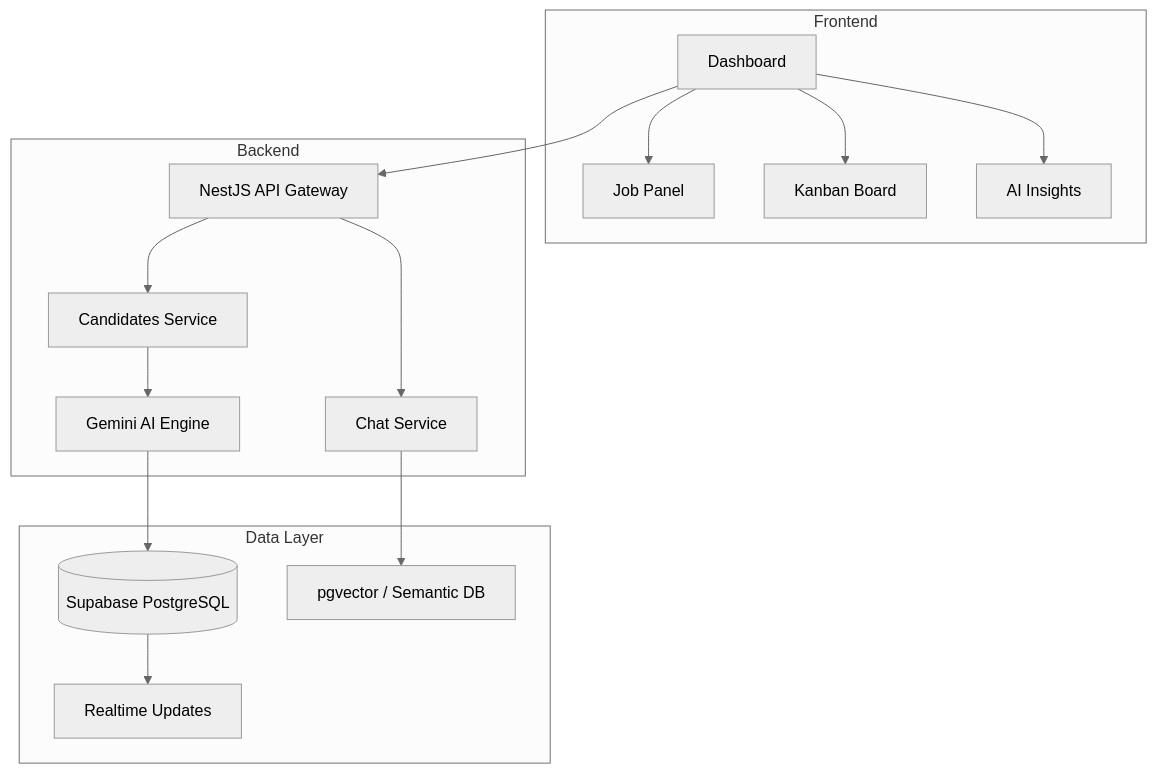
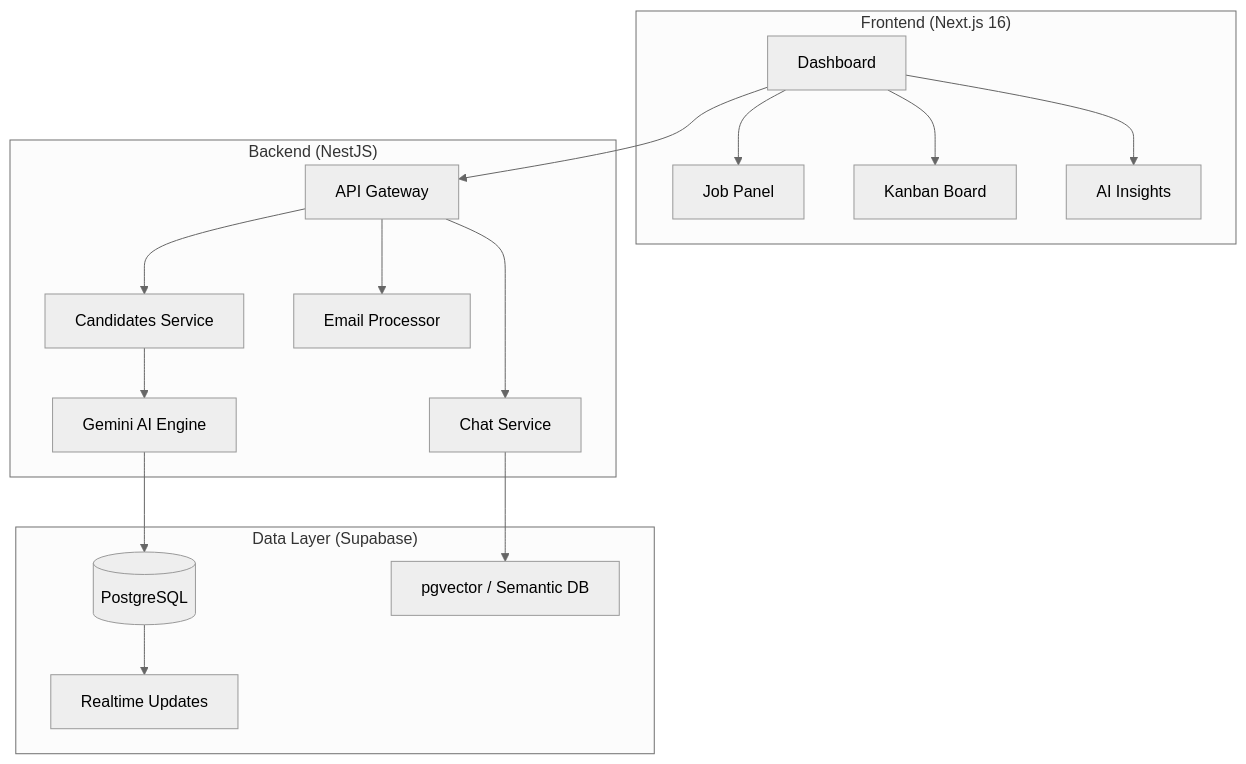
The diagram in README.md (malgaroshy-maker/Sila-Ai), drawn with Mermaid (neutral theme) before and after one commit. The commit also changed other lines of this file and 19 other files, not shown here.

````diff
--- a/README.md
+++ b/README.md
@@ -44,25 +69,26 @@
 ```mermaid
 graph TB
-    subgraph "Frontend"
+    subgraph "Frontend (Next.js 16)"
         A[Dashboard] --> B[Job Panel]
         A --> C[Kanban Board]
         A --> D[AI Insights]
     end
 
-    subgraph "Backend"
-        E[NestJS API Gateway] --> F[Candidates Service]
+    subgraph "Backend (NestJS)"
+        E[API Gateway] --> F[Candidates Service]
         F --> G[Gemini AI Engine]
         E --> H[Chat Service]
+        E --> L[Email Processor]
     end
 
-    subgraph "Data Layer"
-        I[(Supabase PostgreSQL)]
+    subgraph "Data Layer (Supabase)"
+        I[(PostgreSQL)]
         J[pgvector / Semantic DB]
         K[Realtime Updates]
     end
 
     A --> E
     G --> I
     H --> J
     I --> K
 ```
````
